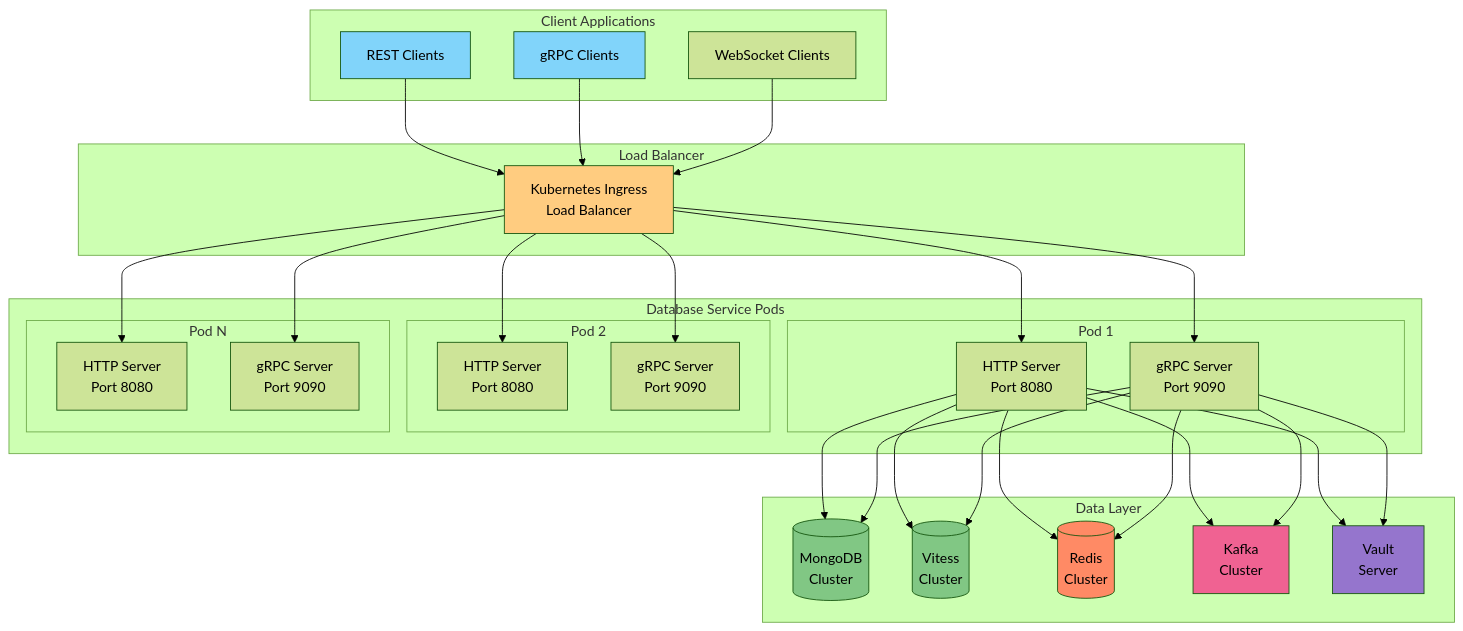
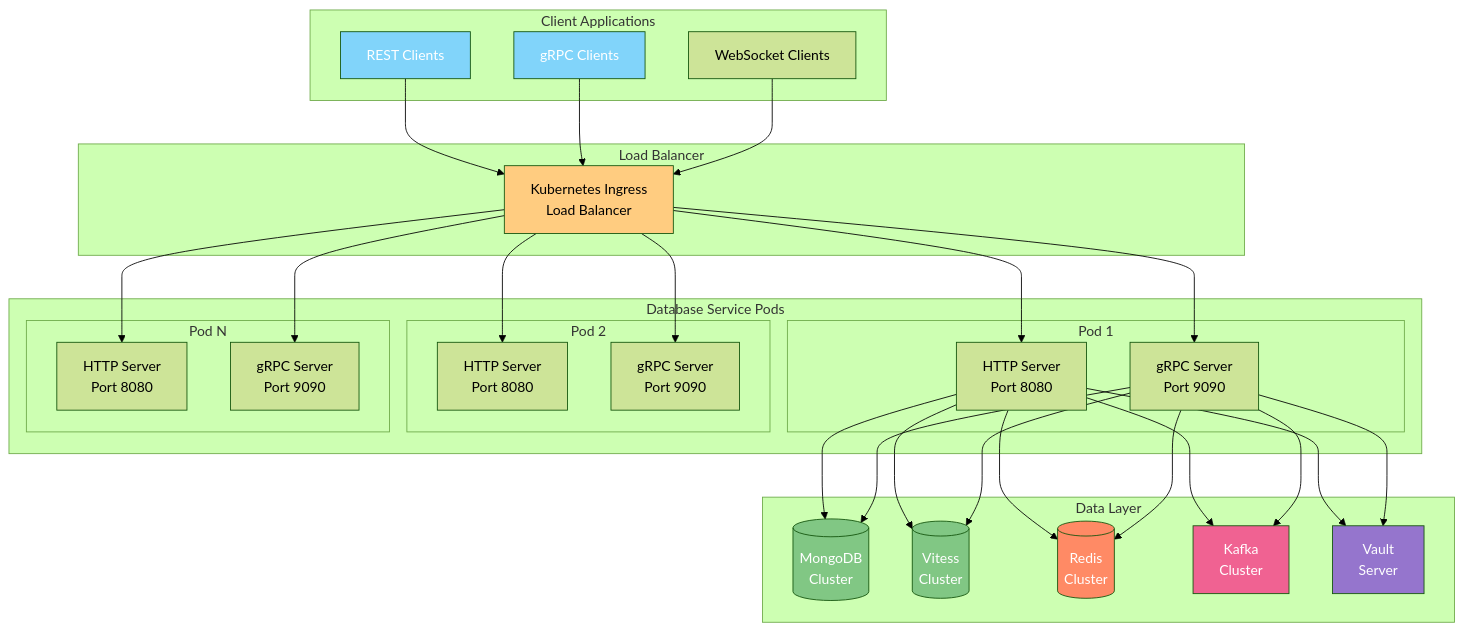
Before and after one commit to YouSangSon/database-service: the first of 11 diagrams in docs/ARCHITECTURE.md, drawn with Mermaid (forest theme). The commit also changed other lines of this file and 1 other file, not shown here.

First line of the commit message:
Fix Mermaid diagram text colors for better readability

````diff
--- a/docs/ARCHITECTURE.md
+++ b/docs/ARCHITECTURE.md
@@ -7,67 +7,67 @@
 ```mermaid
 graph TB
     subgraph "Client Applications"
         REST[REST Clients]
         GRPC[gRPC Clients]
         WS[WebSocket Clients]
     end
 
     subgraph "Load Balancer"
         LB[Kubernetes Ingress<br/>Load Balancer]
     end
 
     subgraph "Database Service Pods"
         subgraph "Pod 1"
             HTTP1[HTTP Server<br/>Port 8080]
             GRPC1[gRPC Server<br/>Port 9090]
         end
         subgraph "Pod 2"
             HTTP2[HTTP Server<br/>Port 8080]
             GRPC2[gRPC Server<br/>Port 9090]
         end
         subgraph "Pod N"
             HTTPN[HTTP Server<br/>Port 8080]
             GRPCN[gRPC Server<br/>Port 9090]
         end
     end
 
     subgraph "Data Layer"
         MONGO[(MongoDB<br/>Cluster)]
         VITESS[(Vitess<br/>Cluster)]
         REDIS[(Redis<br/>Cluster)]
         KAFKA[Kafka<br/>Cluster]
         VAULT[Vault<br/>Server]
     end
 
     REST --> LB
     GRPC --> LB
     WS --> LB
 
     LB --> HTTP1
     LB --> HTTP2
     LB --> HTTPN
     LB --> GRPC1
     LB --> GRPC2
     LB --> GRPCN
 
     HTTP1 --> MONGO
     HTTP1 --> VITESS
     HTTP1 --> REDIS
     HTTP1 --> KAFKA
     HTTP1 --> VAULT
 
     GRPC1 --> MONGO
     GRPC1 --> VITESS
     GRPC1 --> REDIS
     GRPC1 --> KAFKA
     GRPC1 --> VAULT
 
-    style REST fill:#81d4fa
-    style GRPC fill:#81d4fa
-    style LB fill:#ffcc80
-    style MONGO fill:#81c784
-    style VITESS fill:#81c784
-    style REDIS fill:#ff8a65
-    style KAFKA fill:#f06292
-    style VAULT fill:#9575cd
+    style REST fill:#81d4fa,color:#fff
+    style GRPC fill:#81d4fa,color:#fff
+    style LB fill:#ffcc80,color:#000
+    style MONGO fill:#81c784,color:#fff
+    style VITESS fill:#81c784,color:#fff
+    style REDIS fill:#ff8a65,color:#fff
+    style KAFKA fill:#f06292,color:#fff
+    style VAULT fill:#9575cd,color:#fff
 ```
````
